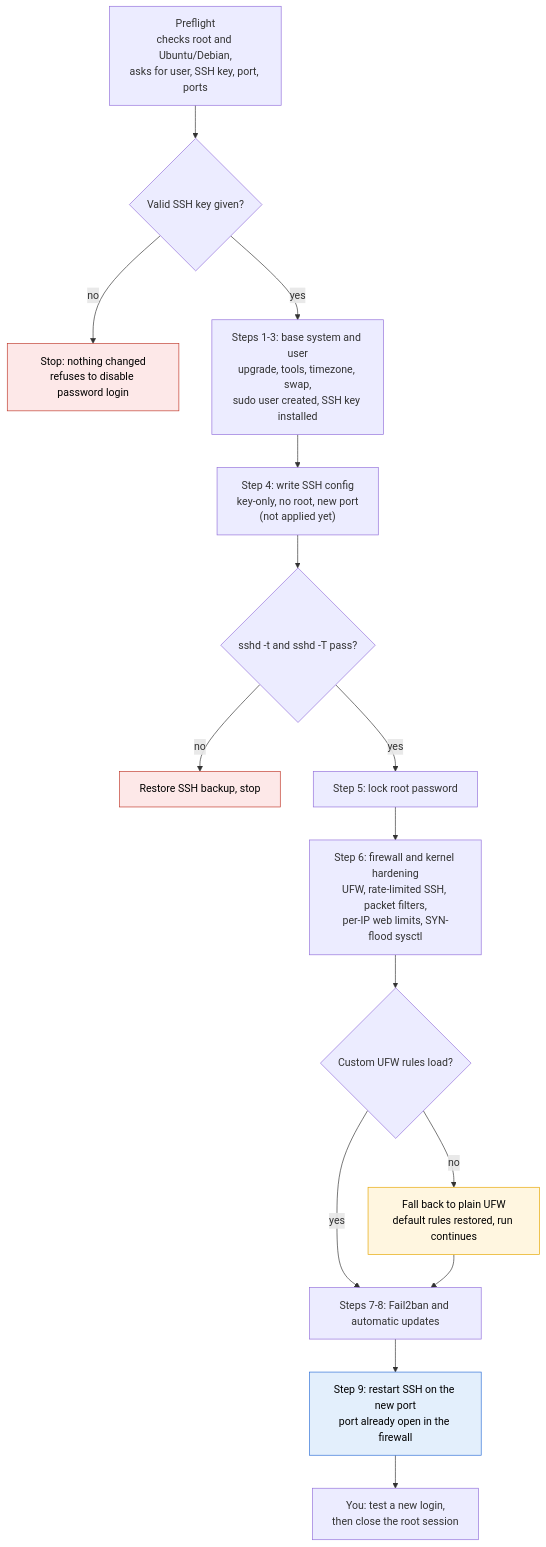
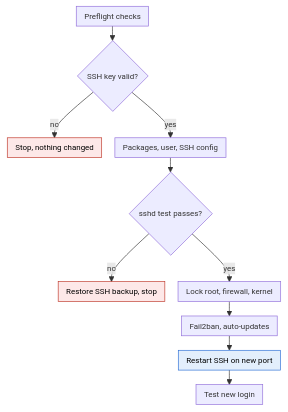
Before and after one commit to shankarThiyagaraajan/linux-server-setup-script: the diagram in Readme.md, drawn with Mermaid. The commit also changed other lines of this file, not shown here.

Commit message:
Reduced flow dig size

````diff
--- a/Readme.md
+++ b/Readme.md
@@ -66,24 +66,18 @@
 ```mermaid
+%%{init: {"flowchart": {"nodeSpacing": 20, "rankSpacing": 22, "padding": 6}, "themeVariables": {"fontSize": "12px"}}}%%
 flowchart TD
-    A["Preflight<br/>checks root and Ubuntu/Debian,<br/>asks for user, SSH key, port, ports"] --> B{"Valid SSH key given?"}
-    B -- no --> X1["Stop: nothing changed<br/>refuses to disable password login"]
-    B -- yes --> C["Steps 1-3: base system and user<br/>upgrade, tools, timezone, swap,<br/>sudo user created, SSH key installed"]
-    C --> D["Step 4: write SSH config<br/>key-only, no root, new port<br/>(not applied yet)"]
-    D --> E{"sshd -t and sshd -T pass?"}
-    E -- no --> X2["Restore SSH backup, stop"]
-    E -- yes --> F["Step 5: lock root password"]
-    F --> G["Step 6: firewall and kernel hardening<br/>UFW, rate-limited SSH, packet filters,<br/>per-IP web limits, SYN-flood sysctl"]
-    G --> H{"Custom UFW rules load?"}
-    H -- no --> W["Fall back to plain UFW<br/>default rules restored, run continues"]
-    H -- yes --> I
-    W --> I["Steps 7-8: Fail2ban and automatic updates"]
-    I --> J["Step 9: restart SSH on the new port<br/>port already open in the firewall"]
-    J --> K["You: test a new login,<br/>then close the root session"]
+    A["Preflight checks"] --> B{"SSH key valid?"}
+    B -- no --> X1["Stop, nothing changed"]
+    B -- yes --> C["Packages, user, SSH config"]
+    C --> D{"sshd test passes?"}
+    D -- no --> X2["Restore SSH backup, stop"]
+    D -- yes --> E["Lock root, firewall, kernel"]
+    E --> F["Fail2ban, auto-updates"]
+    F --> G["Restart SSH on new port"]
+    G --> H["Test new login"]
 
     classDef stop fill:#fde8e8,stroke:#c0392b,color:#000;
-    classDef warn fill:#fff6e0,stroke:#e6a700,color:#000;
     classDef live fill:#e3effc,stroke:#2d6fd6,color:#000;
     class X1,X2 stop;
-    class W warn;
-    class J live;
+    class G live;
 ```
````
